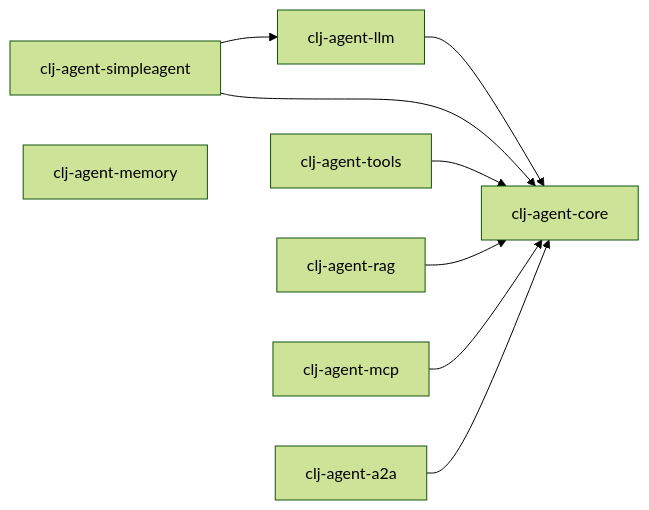
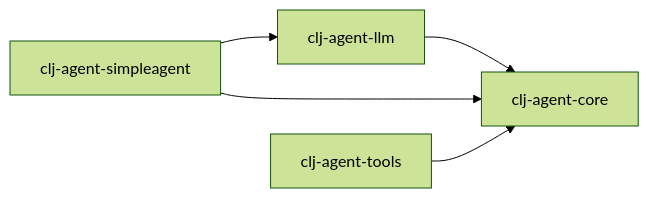
Before and after one commit to TTalkPro/clj-agent: the diagram in modules/README.md, drawn with Mermaid (forest theme). The commit also changed other lines of this file and 2 other files, not shown here.

First line of the commit message:
更新文档：移除 a2a/mcp/memory/rag 相关章节

````diff
--- a/modules/README.md
+++ b/modules/README.md
@@ -189,19 +118,12 @@
 ```mermaid
 graph LR
     core[clj-agent-core]
     llm[clj-agent-llm]
     sa[clj-agent-simpleagent]
     tools[clj-agent-tools]
-    rag[clj-agent-rag]
-    memory[clj-agent-memory]
-    mcp[clj-agent-mcp]
-    a2a[clj-agent-a2a]
 
     llm --> core
     sa --> core
     sa --> llm
     tools --> core
-    rag --> core
-    mcp --> core
-    a2a --> core
 ```
````
